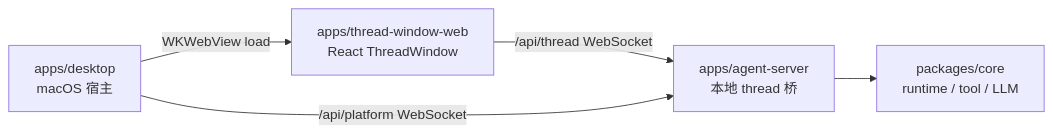
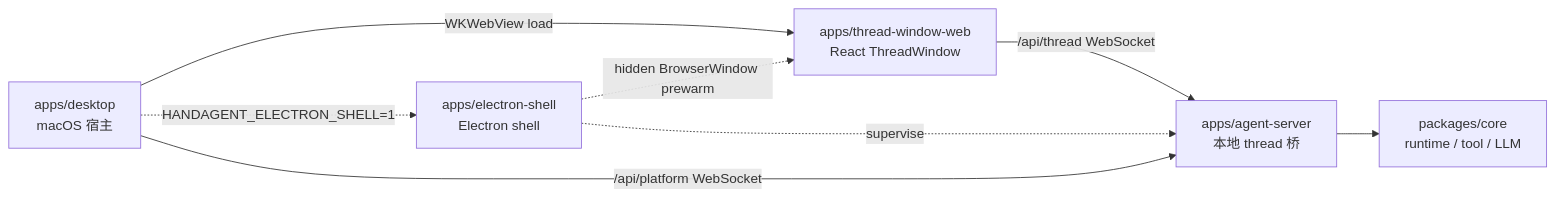
Before and after one commit to Lixuhang987/SpotAgent: the diagram in apps/apps.md, drawn with Mermaid. The commit also changed other lines of this file and 9 other files, not shown here.

Commit message:
docs: document electron shell phase 0

````diff
--- a/apps/apps.md
+++ b/apps/apps.md
@@ -16,7 +16,10 @@
 ```mermaid
 flowchart LR
   A[apps/desktop<br/>macOS 宿主] -->|WKWebView load| W[apps/thread-window-web<br/>React ThreadWindow]
+  A -. HANDAGENT_ELECTRON_SHELL=1 .-> E[apps/electron-shell<br/>Electron shell]
+  E -. hidden BrowserWindow prewarm .-> W
+  E -. supervise .-> B
   W -->|/api/thread WebSocket| B[apps/agent-server<br/>本地 thread 桥]
   A -->|/api/platform WebSocket| B
   B --> C[packages/core<br/>runtime / tool / LLM]
 ```
````
